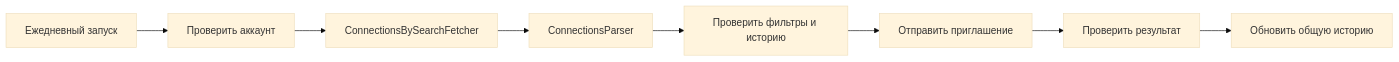
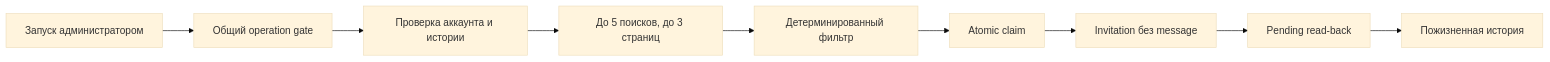
Before and after one commit to Kira2K/unicorn-autoresponder: the diagram in src/features/linkedin-automation/connection-inviter/ARCHITECTURE.md, drawn with Mermaid (base theme). The commit also changed other lines of this file and 55 other files, not shown here.

````diff
--- a/src/features/linkedin-automation/connection-inviter/ARCHITECTURE.md
+++ b/src/features/linkedin-automation/connection-inviter/ARCHITECTURE.md
@@ -18,10 +10,11 @@
 ```mermaid
 flowchart LR
-    T["Ежедневный запуск"] --> H["Проверить аккаунт"]
-    H --> F["ConnectionsBySearchFetcher"]
-    F --> P["ConnectionsParser"]
-    P --> D["Проверить фильтры и историю"]
-    D --> S["Отправить приглашение"]
-    S --> R["Проверить результат"]
-    R --> G["Обновить общую историю"]
+    U["Запуск администратором"] --> G["Общий operation gate"]
+    G --> A["Проверка аккаунта и истории"]
+    A --> S["До 5 поисков, до 3 страниц"]
+    S --> F["Детерминированный фильтр"]
+    F --> C["Atomic claim"]
+    C --> P["Invitation без message"]
+    P --> R["Pending read-back"]
+    R --> H["Пожизненная история"]
 ```
````
